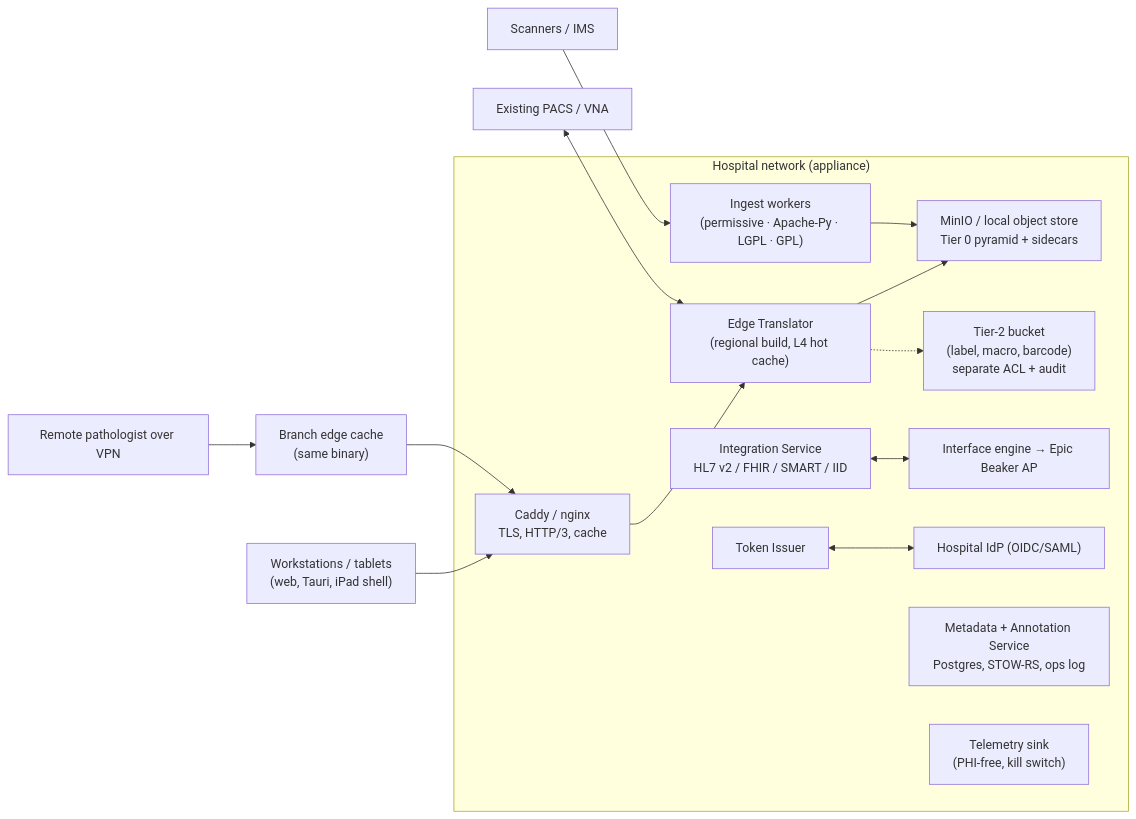
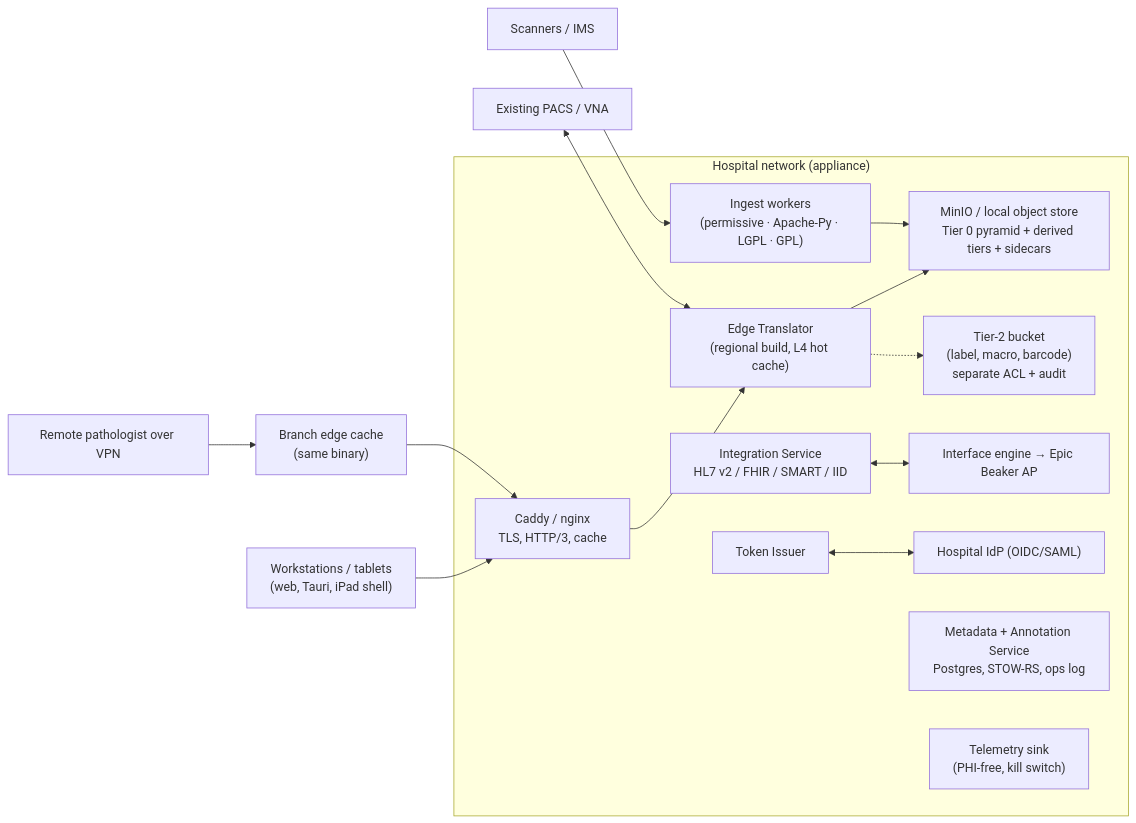
Before and after one commit to RPBatman/Stoipath: the fifth of 5 diagrams in wsi-viewer/docs/plan/04-system-architecture.md, drawn with Mermaid. The commit also changed other lines of this file and 5 other files, not shown here.

````diff
--- a/wsi-viewer/docs/plan/04-system-architecture.md
+++ b/wsi-viewer/docs/plan/04-system-architecture.md
@@ -473,17 +504,17 @@
 ```mermaid
 flowchart LR
   subgraph HOSP["Hospital network (appliance)"]
     CADDY["Caddy / nginx\nTLS, HTTP/3, cache"] --> ET["Edge Translator\n(regional build, L4 hot cache)"]
-    ET --> MINIO["MinIO / local object store\nTier 0 pyramid + sidecars"]
+    ET --> MINIO["MinIO / local object store\nTier 0 pyramid + derived tiers + sidecars"]
     ET -.-> T2["Tier-2 bucket\n(label, macro, barcode)\nseparate ACL + audit"]
     ING["Ingest workers\n(permissive · Apache-Py · LGPL · GPL)"] --> MINIO
     INTG["Integration Service\nHL7 v2 / FHIR / SMART / IID"] <--> ENGINE["Interface engine → Epic Beaker AP"]
     TOK["Token Issuer"] <--> IDPH["Hospital IdP (OIDC/SAML)"]
     META["Metadata + Annotation Service\nPostgres, STOW-RS, ops log"]
     TEL["Telemetry sink\n(PHI-free, kill switch)"]
   end
   WS["Workstations / tablets\n(web, Tauri, iPad shell)"] --> CADDY
   VPN["Remote pathologist over VPN"] --> BRANCH["Branch edge cache\n(same binary)"] --> CADDY
   SCANNER["Scanners / IMS"] --> ING
   VNA["Existing PACS / VNA"] <--> ET
 ```
````
